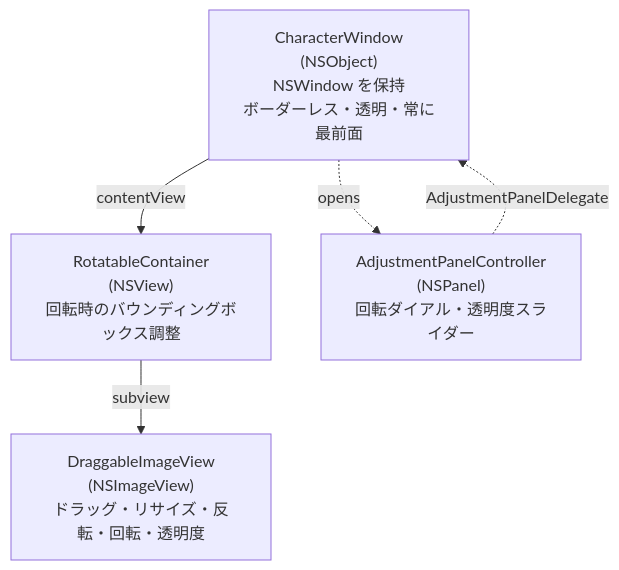
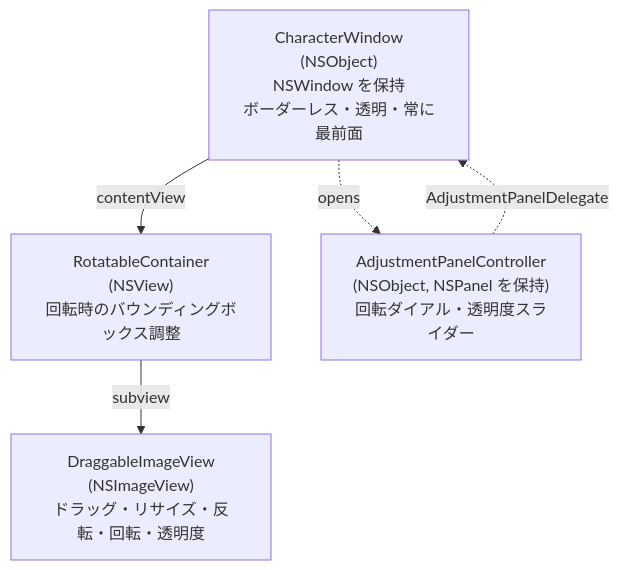
The third of 3 diagrams in docs/guide/architecture.md (shiroemons/sobani), drawn with Mermaid before and after one commit. The commit also changed other lines of this file and 3 other files, not shown here.

````diff
--- a/docs/guide/architecture.md
+++ b/docs/guide/architecture.md
@@ -187,12 +194,12 @@
 ```mermaid
 flowchart TD
     CW["CharacterWindow\n(NSObject)\nNSWindow を保持\nボーダーレス・透明・常に最前面"]
     RC["RotatableContainer\n(NSView)\n回転時のバウンディングボックス調整"]
     DIV["DraggableImageView\n(NSImageView)\nドラッグ・リサイズ・反転・回転・透明度"]
-    AP["AdjustmentPanelController\n(NSPanel)\n回転ダイアル・透明度スライダー"]
+    AP["AdjustmentPanelController\n(NSObject, NSPanel を保持)\n回転ダイアル・透明度スライダー"]
 
     CW --> |contentView| RC
     RC --> |subview| DIV
     CW -.-> |opens| AP
     AP -.-> |AdjustmentPanelDelegate| CW
 ```
````
